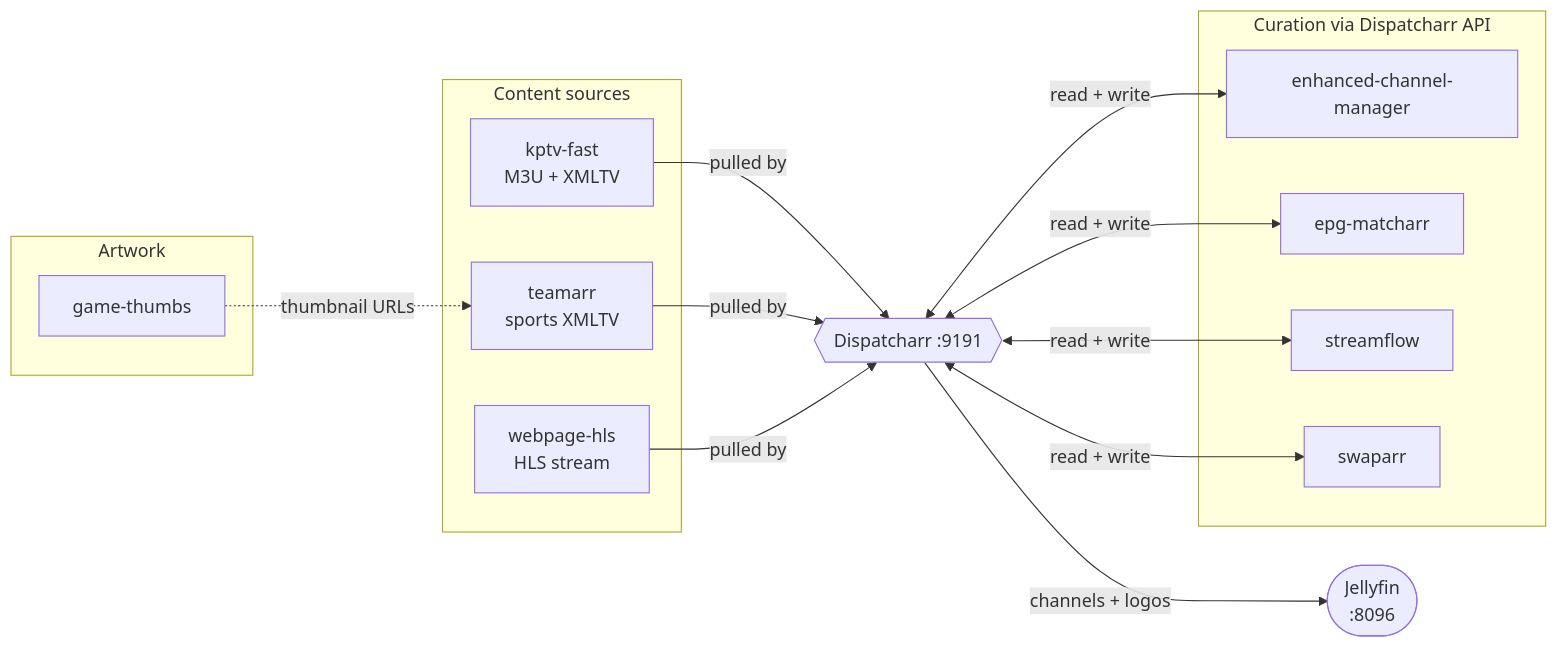
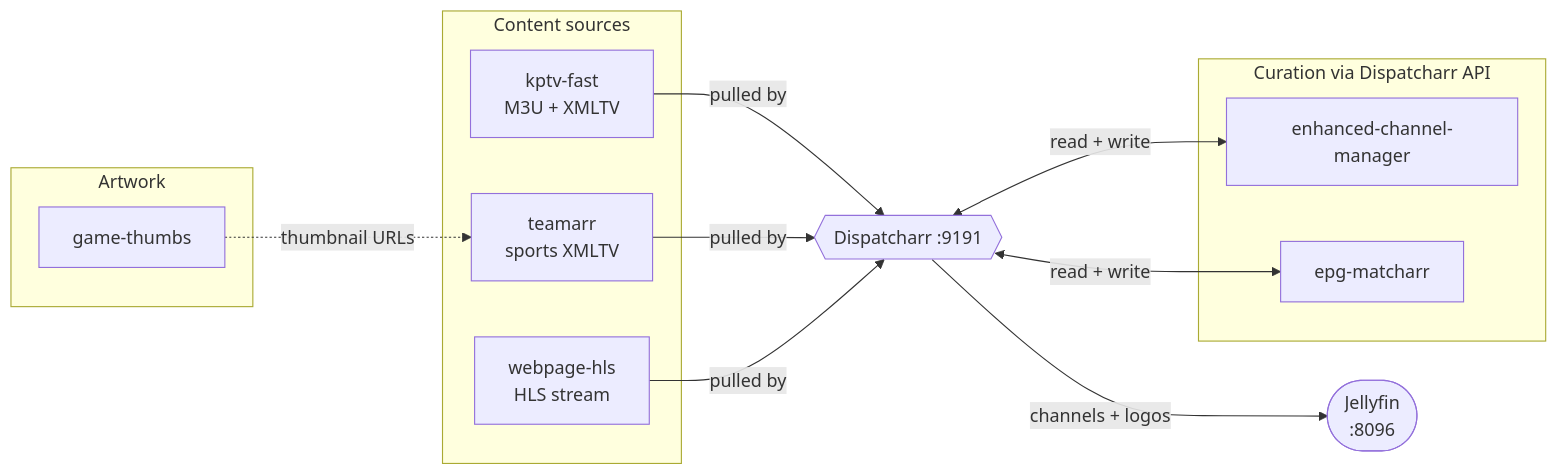
Before and after one commit to ewatkins/talos-cluster: the diagram in kubernetes/apps/media/dispatcharr/tools/README.md, drawn with Mermaid. The commit also changed other lines of this file and 11 other files, not shown here.

First line of the commit message:
feat(dispatcharr): remove swaparr and streamflow

````diff
--- a/kubernetes/apps/media/dispatcharr/tools/README.md
+++ b/kubernetes/apps/media/dispatcharr/tools/README.md
@@ -31,28 +31,26 @@
 ```mermaid
 flowchart LR
     subgraph SRC["Content sources"]
         KPTV["kptv-fast<br/>M3U + XMLTV"]
         TEAM["teamarr<br/>sports XMLTV"]
         HLS["webpage-hls<br/>HLS stream"]
     end
 
     DISP{{"Dispatcharr :9191"}}
 
     subgraph CUR["Curation via Dispatcharr API"]
         ECM["enhanced-channel-manager"]
         MATCH["epg-matcharr"]
-        FLOW["streamflow"]
-        SWAP["swaparr"]
     end
 
     subgraph ART["Artwork"]
         THUMB["game-thumbs"]
     end
 
     JELLY(["Jellyfin<br/>:8096"])
 
     KPTV & TEAM & HLS -->|pulled by| DISP
-    DISP <-->|read + write| ECM & MATCH & FLOW & SWAP
+    DISP <-->|read + write| ECM & MATCH
     THUMB -.->|thumbnail URLs| TEAM
     DISP -->|channels + logos| JELLY
 ```
````
